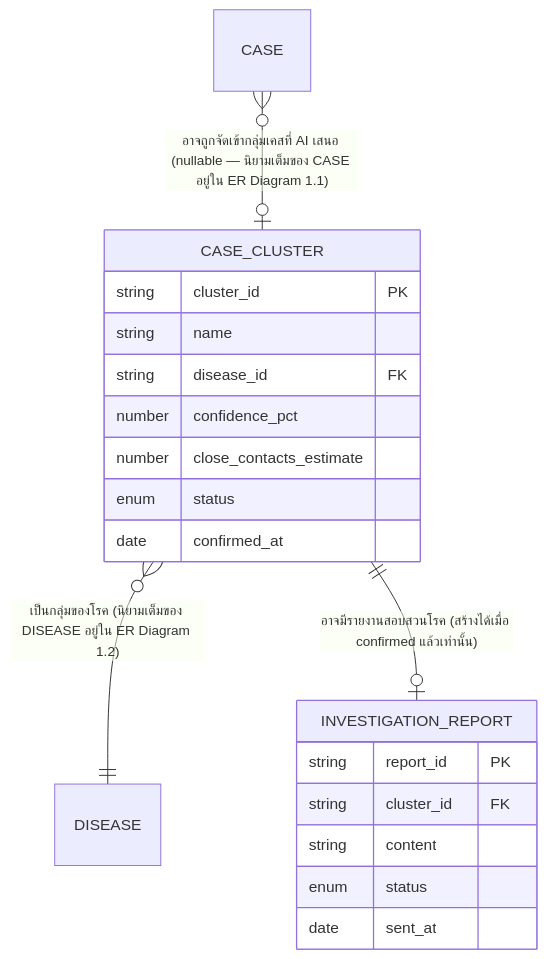
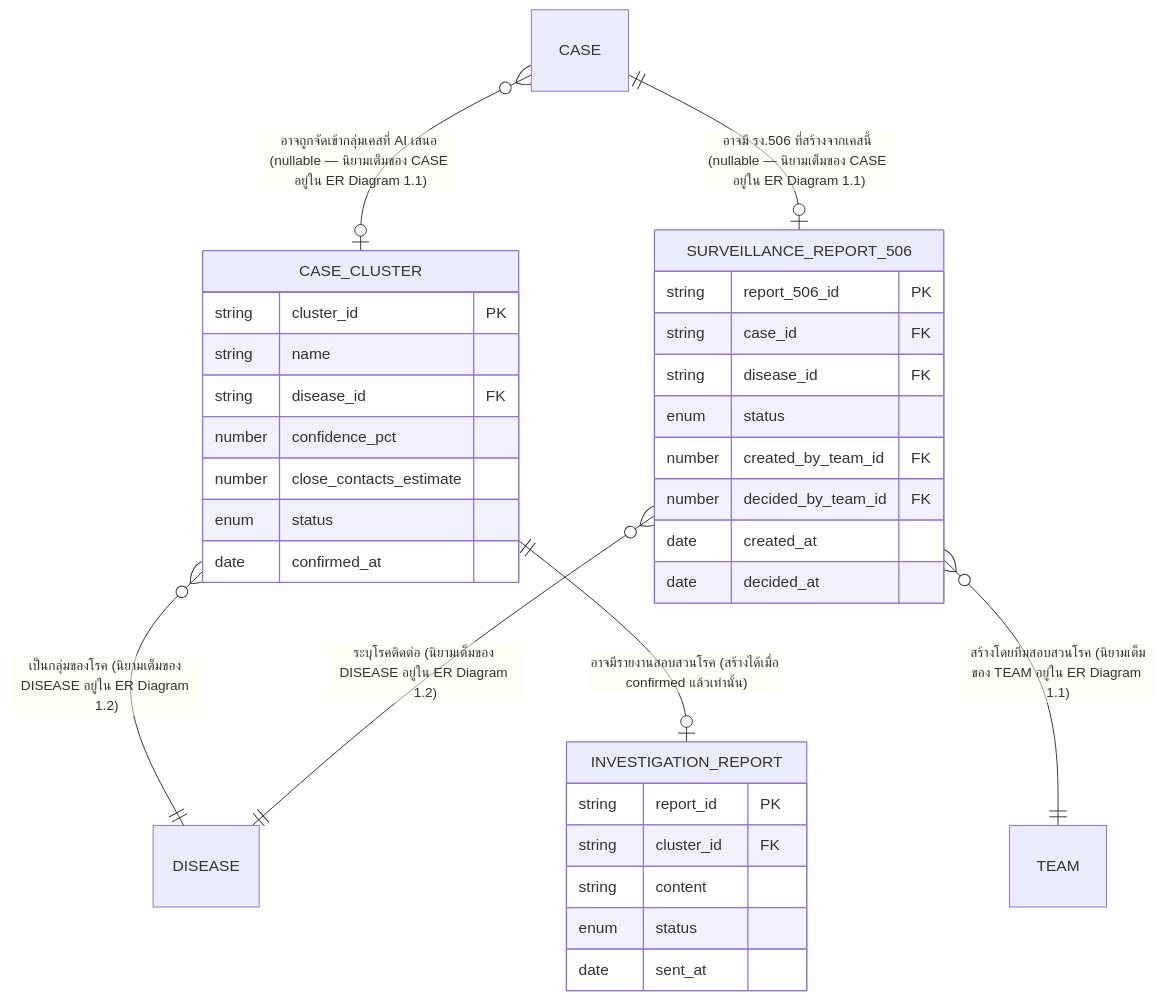
The third of 8 diagrams in docs/02-design/02-technical/DATA-MODEL.md (Plabuchill/AI-DSRP), drawn with Mermaid before and after one commit. The commit also changed other lines of this file and 10 other files, not shown here.

First line of the commit message:
Add REQUIREMENTS.md and รง.506 surveillance report workflow (FEAT-ANALYSIS-07)

````diff
--- a/docs/02-design/02-technical/DATA-MODEL.md
+++ b/docs/02-design/02-technical/DATA-MODEL.md
@@ -124,23 +124,36 @@
 ```mermaid
 erDiagram
   CASE }o--o| CASE_CLUSTER : "อาจถูกจัดเข้ากลุ่มเคสที่ AI เสนอ (nullable — นิยามเต็มของ CASE อยู่ใน ER Diagram 1.1)"
   CASE_CLUSTER }o--|| DISEASE : "เป็นกลุ่มของโรค (นิยามเต็มของ DISEASE อยู่ใน ER Diagram 1.2)"
   CASE_CLUSTER ||--o| INVESTIGATION_REPORT : "อาจมีรายงานสอบสวนโรค (สร้างได้เมื่อ confirmed แล้วเท่านั้น)"
+  CASE ||--o| SURVEILLANCE_REPORT_506 : "อาจมี รง.506 ที่สร้างจากเคสนี้ (nullable — นิยามเต็มของ CASE อยู่ใน ER Diagram 1.1)"
+  SURVEILLANCE_REPORT_506 }o--|| DISEASE : "ระบุโรคติดต่อ (นิยามเต็มของ DISEASE อยู่ใน ER Diagram 1.2)"
+  SURVEILLANCE_REPORT_506 }o--|| TEAM : "สร้างโดยทีมสอบสวนโรค (นิยามเต็มของ TEAM อยู่ใน ER Diagram 1.1)"
 
   CASE_CLUSTER {
     string cluster_id PK
     string name
     string disease_id FK
     number confidence_pct
     number close_contacts_estimate
     enum status
     date confirmed_at
   }
   INVESTIGATION_REPORT {
     string report_id PK
     string cluster_id FK
     string content
     enum status
     date sent_at
   }
+  SURVEILLANCE_REPORT_506 {
+    string report_506_id PK
+    string case_id FK
+    string disease_id FK
+    enum status
+    number created_by_team_id FK
+    number decided_by_team_id FK
+    date created_at
+    date decided_at
+  }
 ```
````
